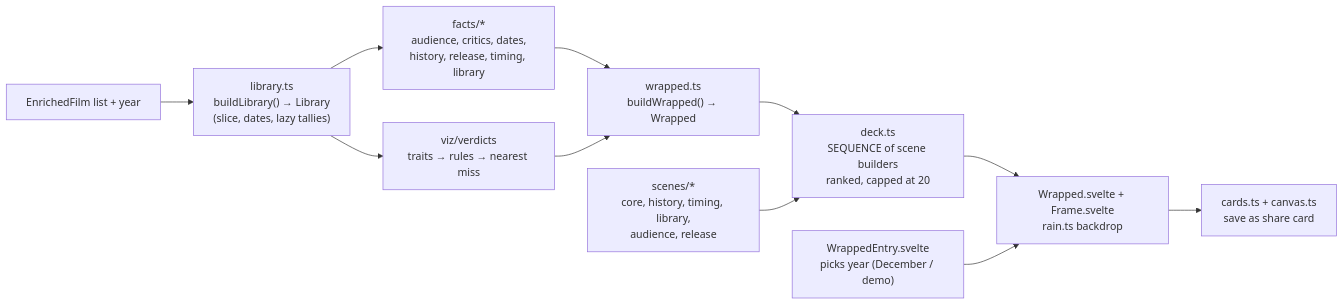
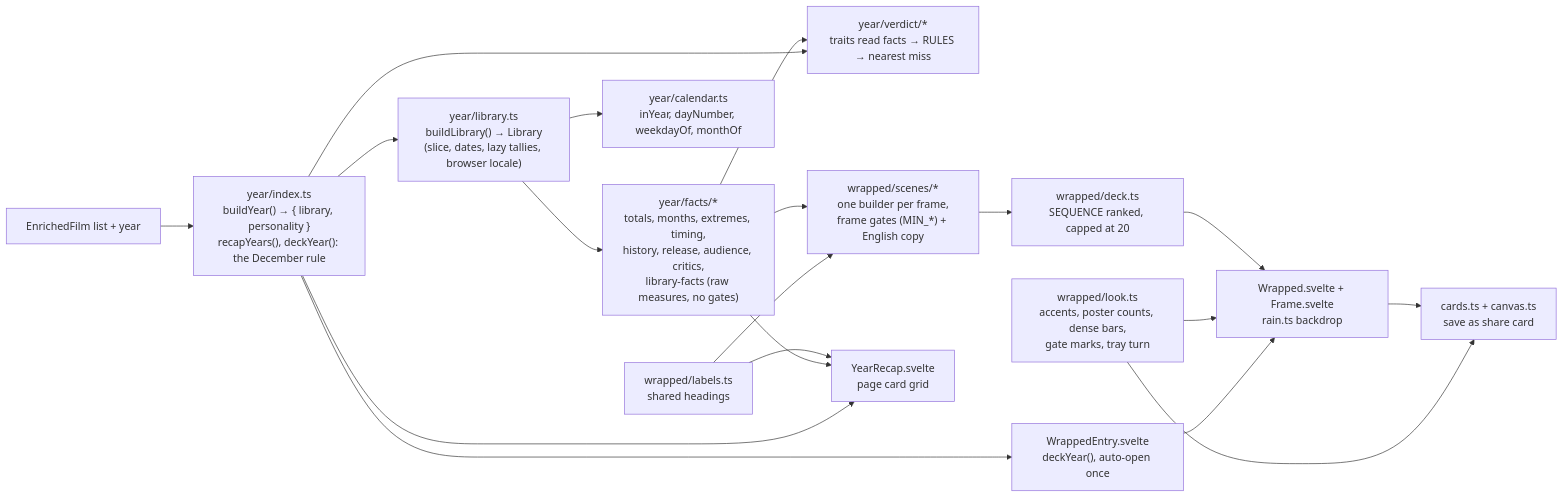
Before and after one commit to LaurinSorgend/letterboxd-vizard: diagram 11 of 26 in docs/ARCHITECTURE.md, drawn with Mermaid. The commit also changed other lines of this file and 319 other files, not shown here.

Commit message:
Untangle the codebase: shared film/api/year modules, per-section dashboard, generic server caches

````diff
--- a/docs/ARCHITECTURE.md
+++ b/docs/ARCHITECTURE.md
@@ -478,13 +613,21 @@
 ```mermaid
 flowchart LR
-    films[EnrichedFilm list + year] --> lib["library.ts<br/>buildLibrary() → Library<br/>(slice, dates, lazy tallies)"]
-    lib --> facts["facts/*<br/>audience, critics, dates,<br/>history, release, timing, library"]
-    lib --> verdicts["viz/verdicts<br/>traits → rules → nearest miss"]
-    facts --> wrapped["wrapped.ts<br/>buildWrapped() → Wrapped"]
-    verdicts --> wrapped
-    wrapped --> deck["deck.ts<br/>SEQUENCE of scene builders<br/>ranked, capped at 20"]
-    scenes["scenes/*<br/>core, history, timing, library,<br/>audience, release"] --> deck
+    films[EnrichedFilm list + year] --> entry["year/index.ts<br/>buildYear() → { library, personality }<br/>recapYears(), deckYear(): the December rule"]
+    entry --> lib["year/library.ts<br/>buildLibrary() → Library<br/>(slice, dates, lazy tallies, browser locale)"]
+    lib --> facts["year/facts/*<br/>totals, months, extremes, timing,<br/>history, release, audience, critics,<br/>library-facts (raw measures, no gates)"]
+    lib --> cal["year/calendar.ts<br/>inYear, dayNumber, weekdayOf, monthOf"]
+    facts --> verdict["year/verdict/*<br/>traits read facts → RULES → nearest miss"]
+    entry --> verdict
+    facts --> scenes["wrapped/scenes/*<br/>one builder per frame,<br/>frame gates (MIN_*) + English copy"]
+    scenes --> deck["wrapped/deck.ts<br/>SEQUENCE ranked, capped at 20"]
     deck --> UI["Wrapped.svelte + Frame.svelte<br/>rain.ts backdrop"]
     UI --> cards["cards.ts + canvas.ts<br/>save as share card"]
-    entry["WrappedEntry.svelte<br/>picks year (December / demo)"] --> UI
+    look["wrapped/look.ts<br/>accents, poster counts, dense bars,<br/>gate marks, tray turn"] --> UI
+    look --> cards
+    labels["wrapped/labels.ts<br/>shared headings"] --> scenes
+    labels --> recap["YearRecap.svelte<br/>page card grid"]
+    facts --> recap
+    entry --> recap
+    entry --> wentry["WrappedEntry.svelte<br/>deckYear(), auto-open once"]
+    wentry --> UI
 ```
````
